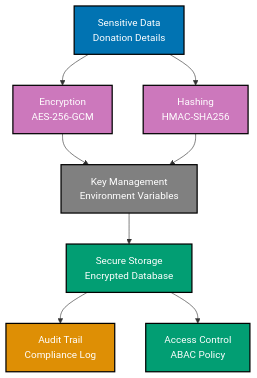
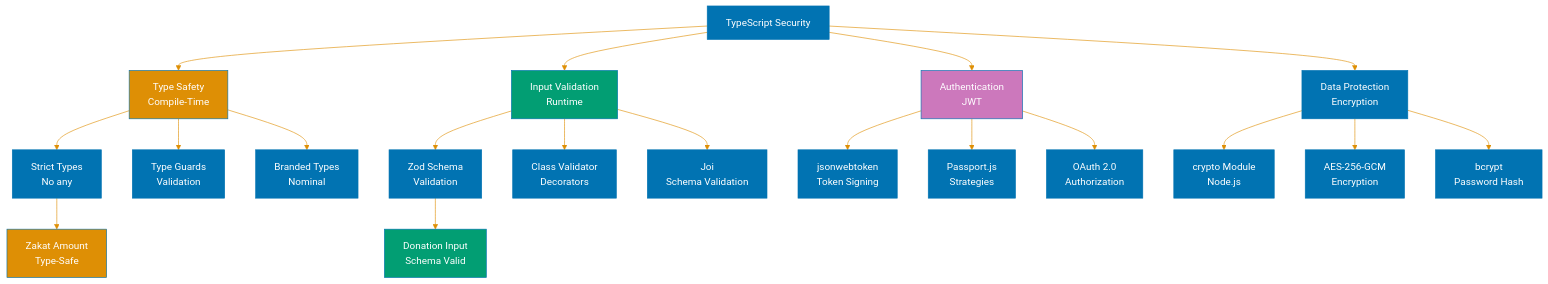
One commit to wahidyankf/open-sharia-enterprise changed the third of 3 diagrams in docs/explanation/software/stack-lang/typescript/ex-so-stla-ts__security.md. Above: the diagram before and after it, drawn with Mermaid. The commit also changed other lines of this file and 63 other files, not shown here.

````diff
--- a/docs/explanation/software/stack-lang/typescript/ex-so-stla-ts__security.md
+++ b/docs/explanation/software/stack-lang/typescript/ex-so-stla-ts__security.md
@@ -136,25 +1975,35 @@
 ```mermaid
-%% Color Palette: Blue #0173B2, Orange #DE8F05, Teal #029E73, Purple #CC78BC, Gray #808080
-graph TD
-    A["Sensitive Data<br/>Donation Details"]:::blue
-    B["Encryption<br/>AES-256-GCM"]:::purple
-    C["Hashing<br/>HMAC-SHA256"]:::purple
-    D["Key Management<br/>Environment Variables"]:::gray
-    E["Secure Storage<br/>Encrypted Database"]:::teal
-    F["Audit Trail<br/>Compliance Log"]:::orange
-    G["Access Control<br/>ABAC Policy"]:::teal
+%%{init: {'theme':'base', 'themeVariables': { 'primaryColor':'#0173B2','primaryTextColor':'#fff','primaryBorderColor':'#0173B2','lineColor':'#DE8F05','secondaryColor':'#029E73','tertiaryColor':'#CC78BC','fontSize':'16px'}}}%%
+flowchart TD
+    A[TypeScript Security] --> B[Type Safety<br/>Compile-Time]
+    A --> C[Input Validation<br/>Runtime]
+    A --> D[Authentication<br/>JWT]
+    A --> E[Data Protection<br/>Encryption]
 
-    A --> B
-    A --> C
-    B --> D
-    C --> D
-    D --> E
-    E --> F
-    E --> G
+    B --> B1[Strict Types<br/>No any]
+    B --> B2[Type Guards<br/>Validation]
+    B --> B3[Branded Types<br/>Nominal]
 
-    classDef blue fill:#0173B2,stroke:#000000,color:#FFFFFF,stroke-width:2px
-    classDef orange fill:#DE8F05,stroke:#000000,color:#FFFFFF,stroke-width:2px
-    classDef teal fill:#029E73,stroke:#000000,color:#FFFFFF,stroke-width:2px
-    classDef purple fill:#CC78BC,stroke:#000000,color:#FFFFFF,stroke-width:2px
-    classDef gray fill:#808080,stroke:#000000,color:#FFFFFF,stroke-width:2px
+    C --> C1[Zod Schema<br/>Validation]
+    C --> C2[Class Validator<br/>Decorators]
+    C --> C3[Joi<br/>Schema Validation]
+
+    D --> D1[jsonwebtoken<br/>Token Signing]
+    D --> D2[Passport.js<br/>Strategies]
+    D --> D3[OAuth 2.0<br/>Authorization]
+
+    E --> E1[crypto Module<br/>Node.js]
+    E --> E2[AES-256-GCM<br/>Encryption]
+    E --> E3[bcrypt<br/>Password Hash]
+
+    B1 --> F[Zakat Amount<br/>Type-Safe]
+    C1 --> G[Donation Input<br/>Schema Valid]
+
+    style A fill:#0173B2,color:#fff
+    style B fill:#DE8F05,color:#fff
+    style C fill:#029E73,color:#fff
+    style D fill:#CC78BC,color:#fff
+    style E fill:#0173B2,color:#fff
+    style F fill:#DE8F05,color:#fff
+    style G fill:#029E73,color:#fff
 ```
````
